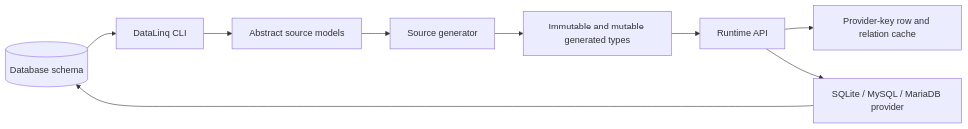
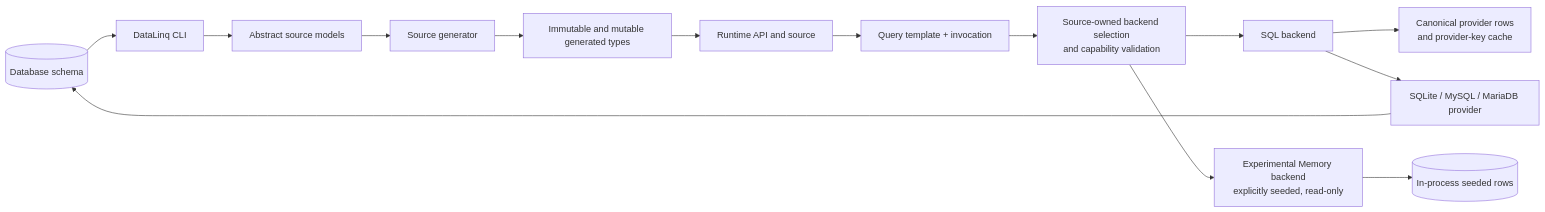
Before and after one commit to bazer/DataLinq: the diagram in index.md, drawn with Mermaid. The commit also changed other lines of this file and 32 other files, not shown here.

````diff
--- a/index.md
+++ b/index.md
@@ -28,11 +31,16 @@
 ```mermaid
 flowchart LR
     Schema[("Database schema")] --> CLI["DataLinq CLI"]
     CLI --> Models["Abstract source models"]
     Models --> Generator["Source generator"]
     Generator --> Generated["Immutable and mutable generated types"]
-    Generated --> Runtime["Runtime API"]
-    Runtime --> Cache["Provider-key row and relation cache"]
-    Runtime --> Provider["SQLite / MySQL / MariaDB provider"]
+    Generated --> Runtime["Runtime API and source"]
+    Runtime --> Plans["Query template + invocation"]
+    Plans --> Gate["Source-owned backend selection<br/>and capability validation"]
+    Gate --> SqlBackend["SQL backend"]
+    Gate --> Memory["Experimental Memory backend<br/>explicitly seeded, read-only"]
+    SqlBackend --> Cache["Canonical provider rows<br/>and provider-key cache"]
+    SqlBackend --> Provider["SQLite / MySQL / MariaDB provider"]
     Provider --> Schema
+    Memory --> MemoryRows[("In-process seeded rows")]
 ```
````
